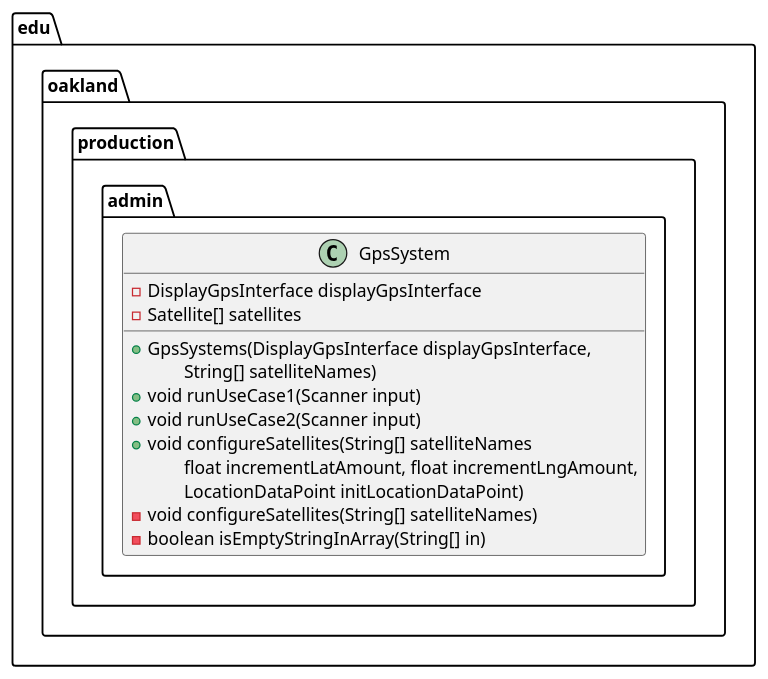
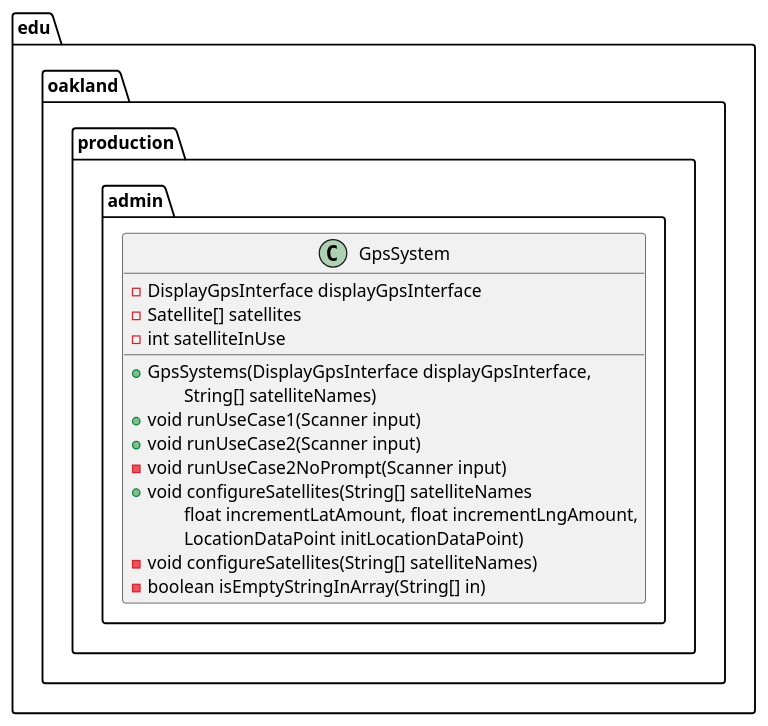
One commit to andrewdimmer/csi-3370-software-project changed the diagram in docs/uml-class-diagrams/admin/production/GpsSystem/GpsSystem.puml. Above: the diagram before and after it, drawn with PlantUML. The commit also changed 540 other files, not shown here.

First line of the commit message:
[Admin] Update PUML Diagrams to Reflect Production Code/Tests (#168)

```diff
--- a/docs/uml-class-diagrams/admin/production/GpsSystem/GpsSystem.puml
+++ b/docs/uml-class-diagrams/admin/production/GpsSystem/GpsSystem.puml
@@ -1,20 +1,22 @@
 @startuml GpsSystem
 
 package edu.oakland.production.admin {
     class GpsSystem {
         - DisplayGpsInterface displayGpsInterface
         - Satellite[] satellites
+        - int satelliteInUse
         __
         + GpsSystems(DisplayGpsInterface displayGpsInterface,
         \tString[] satelliteNames)
         + void runUseCase1(Scanner input)
         + void runUseCase2(Scanner input)
+        - void runUseCase2NoPrompt(Scanner input)
         + void configureSatellites(String[] satelliteNames
         \tfloat incrementLatAmount, float incrementLngAmount,
         \tLocationDataPoint initLocationDataPoint)
         - void configureSatellites(String[] satelliteNames)
         - boolean isEmptyStringInArray(String[] in)
     }
 }
 
 @enduml
```
